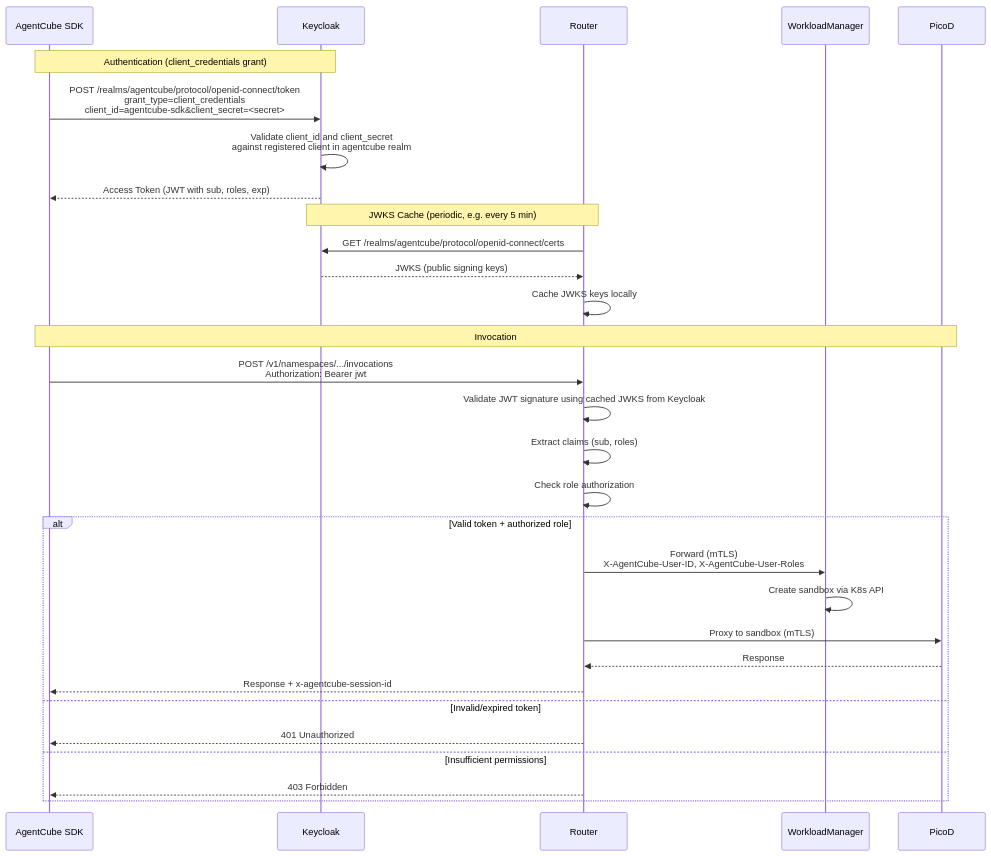
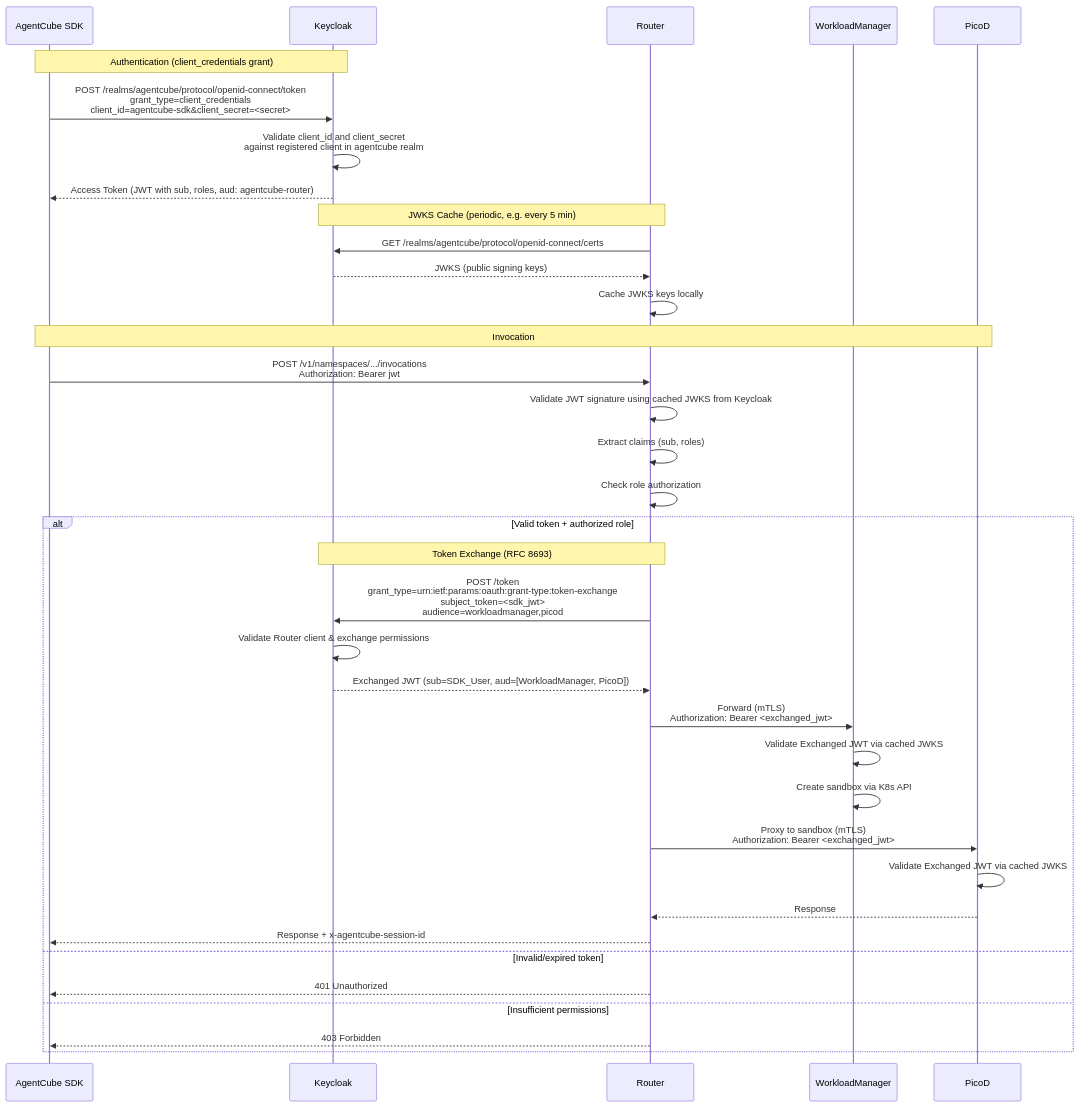
One commit to volcano-sh/agentcube changed the second of 3 diagrams in docs/design/auth-proposal.md. Above: the diagram before and after it, drawn with Mermaid. The commit also changed other lines of this file, not shown here.

Commit message:
docs: refine proposal with RLAC, mTLS verification, and cert-manager support

````diff
--- a/docs/design/auth-proposal.md
+++ b/docs/design/auth-proposal.md
@@ -463,36 +553,43 @@
 ```mermaid
 sequenceDiagram
     participant SDK as AgentCube SDK
     participant KC as Keycloak
     participant Router as Router
     participant WM as WorkloadManager
     participant Sandbox as PicoD
 
     Note over SDK, KC: Authentication (client_credentials grant)
     SDK->>KC: POST /realms/agentcube/protocol/openid-connect/token<br/>grant_type=client_credentials<br/>client_id=agentcube-sdk&client_secret=<secret>
     KC->>KC: Validate client_id and client_secret<br/>against registered client in agentcube realm
-    KC-->>SDK: Access Token (JWT with sub, roles, exp)
+    KC-->>SDK: Access Token (JWT with sub, roles, aud: agentcube-router)
 
     Note over Router, KC: JWKS Cache (periodic, e.g. every 5 min)
     Router->>KC: GET /realms/agentcube/protocol/openid-connect/certs
     KC-->>Router: JWKS (public signing keys)
     Router->>Router: Cache JWKS keys locally
 
     Note over SDK, Sandbox: Invocation
     SDK->>Router: POST /v1/namespaces/.../invocations<br/>Authorization: Bearer jwt
     Router->>Router: Validate JWT signature using cached JWKS from Keycloak
     Router->>Router: Extract claims (sub, roles)
     Router->>Router: Check role authorization
 
     alt Valid token + authorized role
-        Router->>WM: Forward (mTLS)<br/>X-AgentCube-User-ID, X-AgentCube-User-Roles
+        Note over Router, KC: Token Exchange (RFC 8693)
+        Router->>KC: POST /token<br/>grant_type=urn:ietf:params:oauth:grant-type:token-exchange<br/>subject_token=<sdk_jwt><br/>audience=workloadmanager,picod
+        KC->>KC: Validate Router client & exchange permissions
+        KC-->>Router: Exchanged JWT (sub=SDK_User, aud=[WorkloadManager, PicoD])
+
+        Router->>WM: Forward (mTLS)<br/>Authorization: Bearer <exchanged_jwt>
+        WM->>WM: Validate Exchanged JWT via cached JWKS
         WM->>WM: Create sandbox via K8s API
-        Router->>Sandbox: Proxy to sandbox (mTLS)
+        Router->>Sandbox: Proxy to sandbox (mTLS)<br/>Authorization: Bearer <exchanged_jwt>
+        Sandbox->>Sandbox: Validate Exchanged JWT via cached JWKS
         Sandbox-->>Router: Response
         Router-->>SDK: Response + x-agentcube-session-id
     else Invalid/expired token
         Router-->>SDK: 401 Unauthorized
     else Insufficient permissions
         Router-->>SDK: 403 Forbidden
     end
 ```
````
